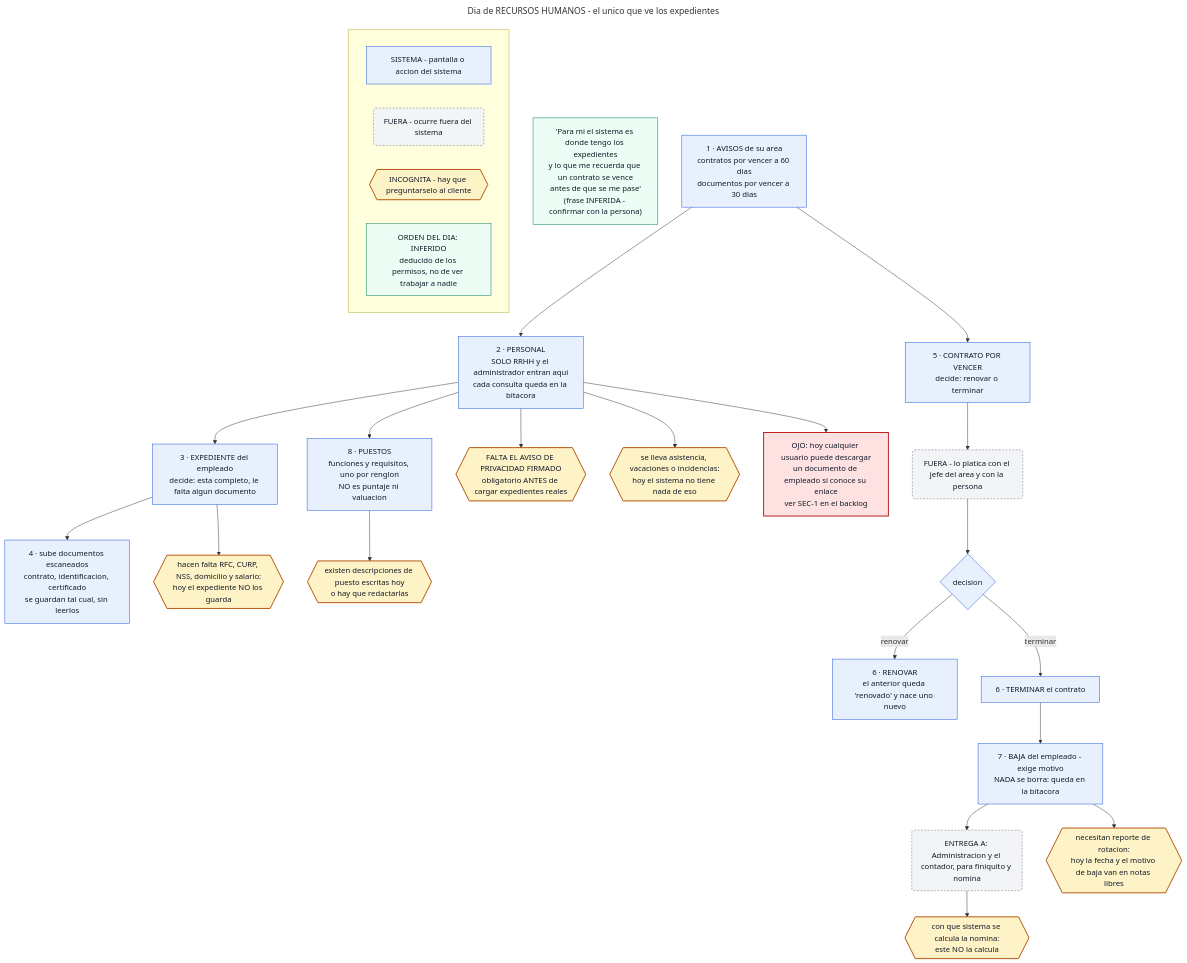
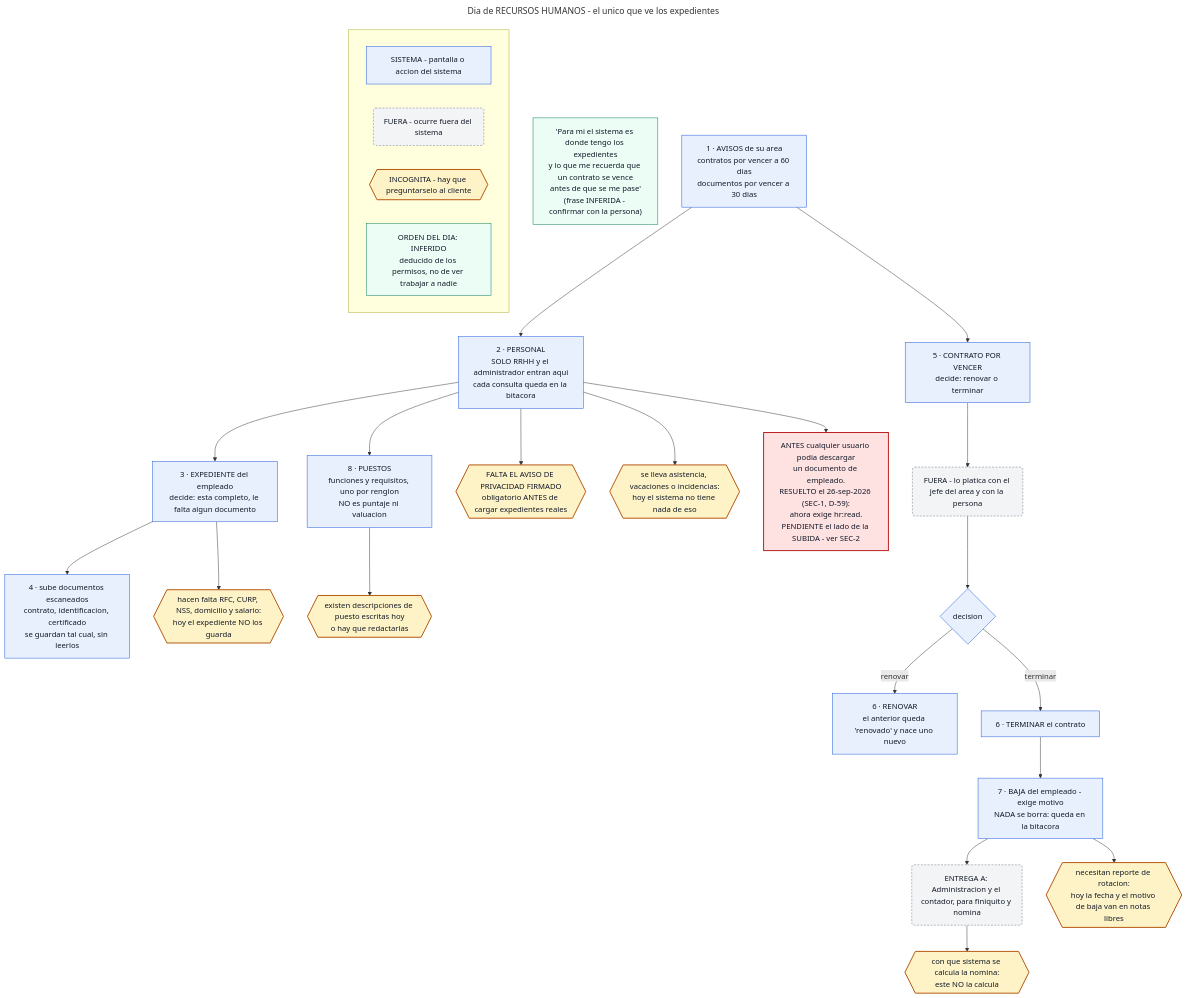
Before and after one commit to erimaan13-cmd/lahuerta-crm: the diagram in docs/diagrams/18_uso_rrhh.mmd, drawn with Mermaid. The commit also changed 6 other files, not shown here.

```diff
--- a/docs/diagrams/18_uso_rrhh.mmd
+++ b/docs/diagrams/18_uso_rrhh.mmd
@@ -1,48 +1,48 @@
 ---
 title: Dia de RECURSOS HUMANOS - el unico que ve los expedientes
 ---
 flowchart TB
   subgraph LEYENDA[" "]
     L1["SISTEMA - pantalla o accion del sistema"]
     L2("FUERA - ocurre fuera del sistema")
     L3{{"INCOGNITA - hay que preguntarselo al cliente"}}
     L4["ORDEN DEL DIA: INFERIDO<br/>deducido de los permisos, no de ver trabajar a nadie"]
   end
 
   F1["'Para mi el sistema es donde tengo los expedientes<br/>y lo que me recuerda que un contrato se vence<br/>antes de que se me pase'<br/>(frase INFERIDA - confirmar con la persona)"]
 
   A1["1 · AVISOS de su area<br/>contratos por vencer a 60 dias<br/>documentos por vencer a 30 dias"]
   A1 --> A2["2 · PERSONAL<br/>SOLO RRHH y el administrador entran aqui<br/>cada consulta queda en la bitacora"]
 
   A2 --> B1["3 · EXPEDIENTE del empleado<br/>decide: esta completo, le falta algun documento"]
   B1 --> B2["4 · sube documentos escaneados<br/>contrato, identificacion, certificado<br/>se guardan tal cual, sin leerlos"]
 
   A1 --> C1["5 · CONTRATO POR VENCER<br/>decide: renovar o terminar"]
   C1 --> C2("FUERA - lo platica con el jefe del area y con la persona")
   C2 --> C3{"decision"}
   C3 -->|renovar| C4["6 · RENOVAR<br/>el anterior queda 'renovado' y nace uno nuevo"]
   C3 -->|terminar| C5["6 · TERMINAR el contrato"]
   C5 --> C6["7 · BAJA del empleado - exige motivo<br/>NADA se borra: queda en la bitacora"]
   C6 --> C7("ENTREGA A: Administracion y el contador, para finiquito y nomina")
 
   A2 --> D1["8 · PUESTOS<br/>funciones y requisitos, uno por renglon<br/>NO es puntaje ni valuacion"]
   D1 --> D2{{"existen descripciones de puesto escritas hoy<br/>o hay que redactarlas"}}
 
   A2 --> E1{{"FALTA EL AVISO DE PRIVACIDAD FIRMADO<br/>obligatorio ANTES de cargar expedientes reales"}}
   B1 --> E2{{"hacen falta RFC, CURP, NSS, domicilio y salario:<br/>hoy el expediente NO los guarda"}}
   C6 --> E3{{"necesitan reporte de rotacion:<br/>hoy la fecha y el motivo de baja van en notas libres"}}
   A2 --> E4{{"se lleva asistencia, vacaciones o incidencias:<br/>hoy el sistema no tiene nada de eso"}}
   C7 --> E5{{"con que sistema se calcula la nomina:<br/>este NO la calcula"}}
 
-  A2 --> G1["OJO: hoy cualquier usuario puede descargar<br/>un documento de empleado si conoce su enlace<br/>ver SEC-1 en el backlog"]
+  A2 --> G1["ANTES cualquier usuario podia descargar<br/>un documento de empleado.<br/>RESUELTO el 26-sep-2026 (SEC-1, D-59):<br/>ahora exige hr:read.<br/>PENDIENTE el lado de la SUBIDA - ver SEC-2"]
 
   classDef sistema fill:#e8f0fe,stroke:#1a56db,color:#111827
   classDef fuera fill:#f3f4f6,stroke:#6b7280,color:#111827,stroke-dasharray: 4 3
   classDef incognita fill:#fef3c7,stroke:#b45309,color:#111827,stroke-width:2px
   classDef frase fill:#ecfdf5,stroke:#047857,color:#111827
   classDef riesgo fill:#fee2e2,stroke:#b91c1c,color:#111827,stroke-width:2px
   class L1,A1,A2,B1,B2,C1,C3,C4,C5,C6,D1 sistema
   class L2,C2,C7 fuera
   class L3,D2,E1,E2,E3,E4,E5 incognita
   class F1,L4 frase
   class G1 riesgo
```
